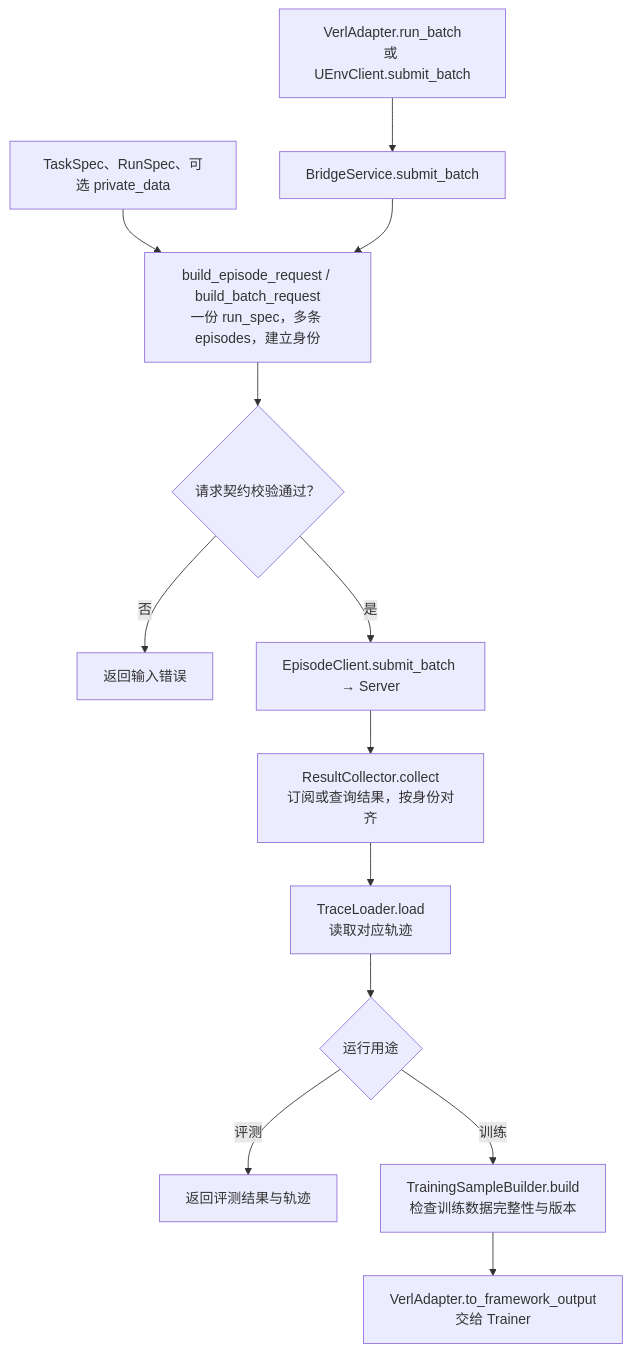
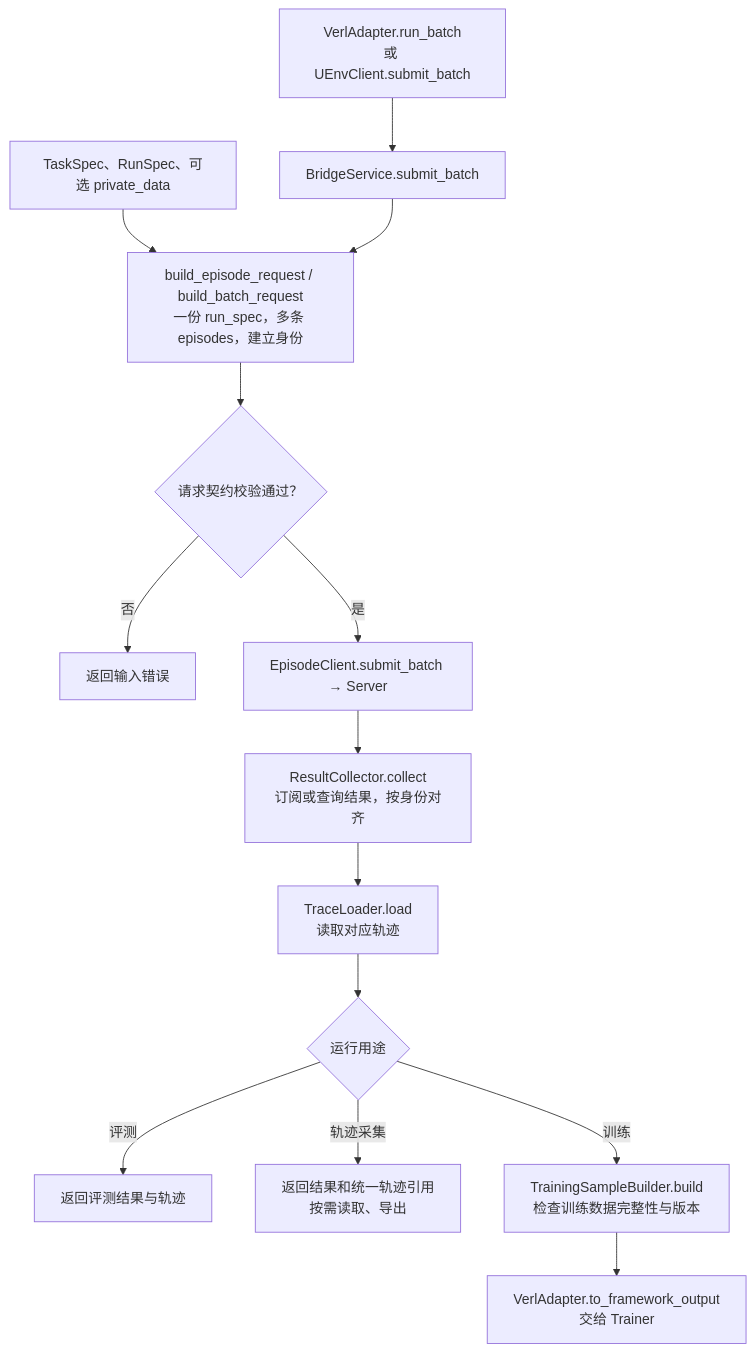
One commit to audreyyan1015/uenv_design changed the fourth of 16 diagrams in docs/uenv_design.md. Above: the diagram before and after it, drawn with Mermaid. The commit also changed other lines of this file and 65 other files, not shown here.

````diff
--- a/docs/uenv_design.md
+++ b/docs/uenv_design.md
@@ -252,15 +256,16 @@
 ```mermaid
 flowchart TB
   CLIENT[VerlAdapter.run_batch<br/>或 UEnvClient.submit_batch] --> BRIDGE[BridgeService.submit_batch]
   INPUT[TaskSpec、RunSpec、可选 private_data] --> BUILD[build_episode_request / build_batch_request<br/>一份 run_spec，多条 episodes，建立身份]
   BRIDGE --> BUILD
   BUILD --> CHECK{请求契约校验通过？}
   CHECK -->|否| ERROR[返回输入错误]
   CHECK -->|是| SUBMIT[EpisodeClient.submit_batch → Server]
   SUBMIT --> COLLECT[ResultCollector.collect<br/>订阅或查询结果，按身份对齐]
   COLLECT --> TRACE[TraceLoader.load<br/>读取对应轨迹]
   TRACE --> PURPOSE{运行用途}
   PURPOSE -->|评测| EVAL[返回评测结果与轨迹]
+  PURPOSE -->|轨迹采集| EXPORT[返回结果和统一轨迹引用<br/>按需读取、导出]
   PURPOSE -->|训练| TRAIN[TrainingSampleBuilder.build<br/>检查训练数据完整性与版本]
   TRAIN --> OUTPUT[VerlAdapter.to_framework_output<br/>交给 Trainer]
 ```
````
